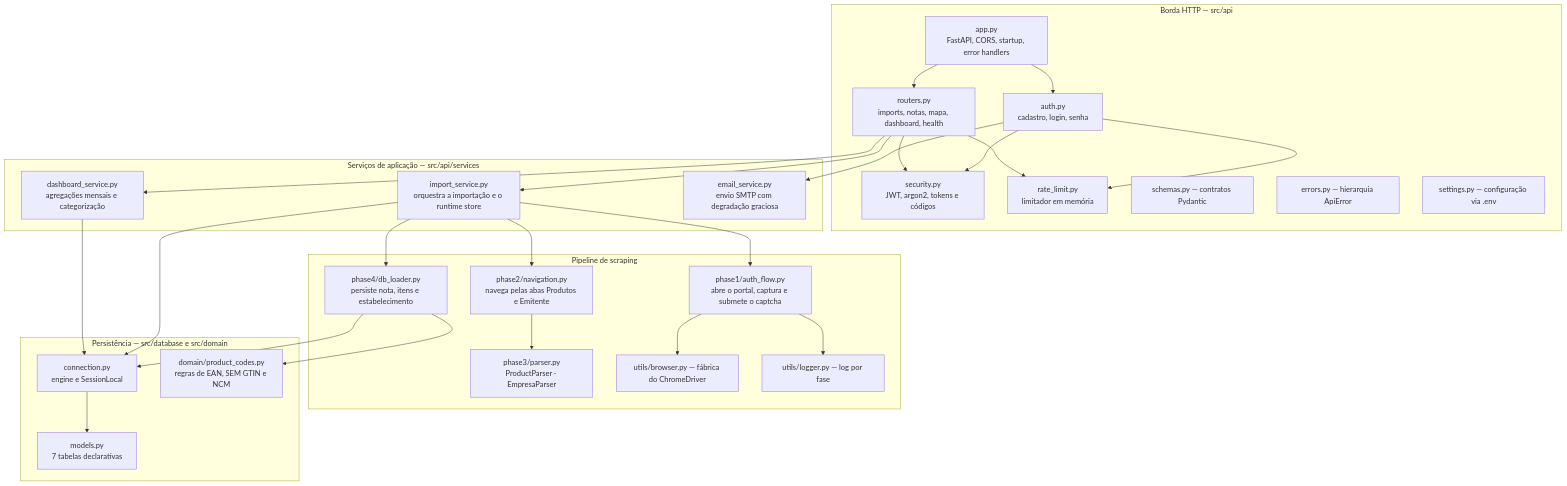
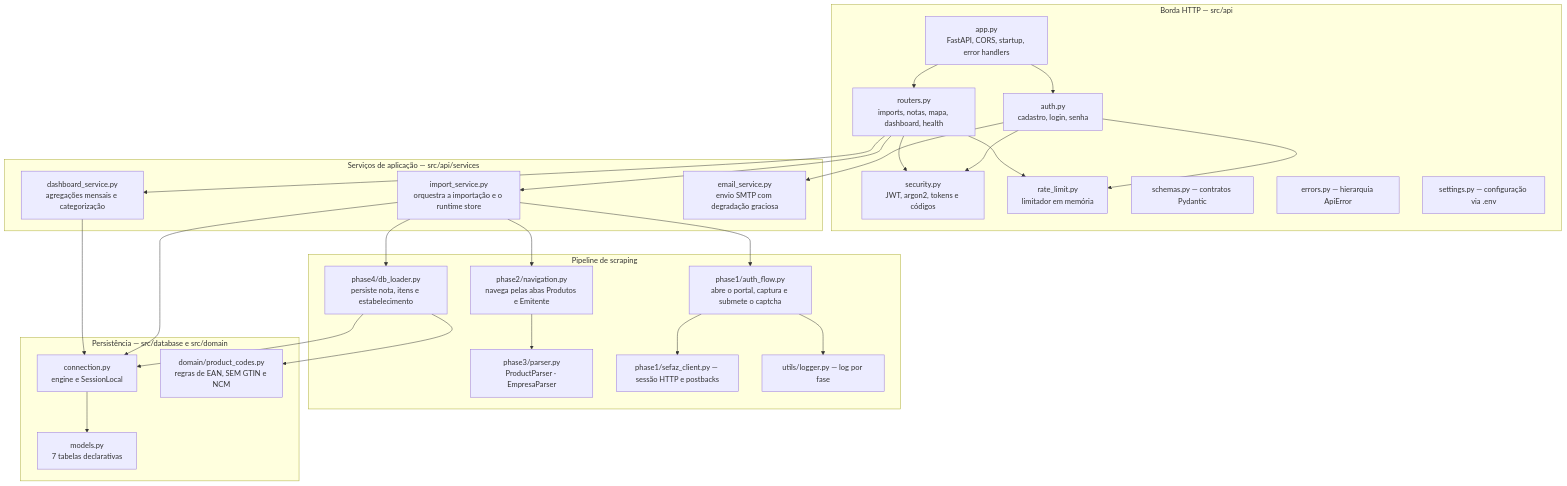
One commit to minhascomprasba/minhasCompras-BA changed the second of 10 diagrams in README.md. Above: the diagram before and after it, drawn with Mermaid. The commit also changed other lines of this file and 21 other files, not shown here.

````diff
--- a/README.md
+++ b/README.md
@@ -92,51 +91,51 @@
 ```mermaid
 flowchart TD
     subgraph L1["Borda HTTP — src/api"]
         APP["app.py<br/>FastAPI, CORS, startup, error handlers"]
         RT["routers.py<br/>imports, notas, mapa, dashboard, health"]
         AR["auth.py<br/>cadastro, login, senha"]
         SEC["security.py<br/>JWT, argon2, tokens e códigos"]
         RL["rate_limit.py<br/>limitador em memória"]
         SCH["schemas.py — contratos Pydantic"]
         ERR["errors.py — hierarquia ApiError"]
         SET["settings.py — configuração via .env"]
     end
 
     subgraph L2["Serviços de aplicação — src/api/services"]
         IS["import_service.py<br/>orquestra a importação e o runtime store"]
         DS["dashboard_service.py<br/>agregações mensais e categorização"]
         ES["email_service.py<br/>envio SMTP com degradação graciosa"]
     end
 
     subgraph L3["Pipeline de scraping"]
         P1["phase1/auth_flow.py<br/>abre o portal, captura e submete o captcha"]
         P2["phase2/navigation.py<br/>navega pelas abas Produtos e Emitente"]
         P3["phase3/parser.py<br/>ProductParser · EmpresaParser"]
         P4["phase4/db_loader.py<br/>persiste nota, itens e estabelecimento"]
-        BR["utils/browser.py — fábrica do ChromeDriver"]
+        BR["phase1/sefaz_client.py — sessão HTTP e postbacks"]
         LG["utils/logger.py — log por fase"]
     end
 
     subgraph L4["Persistência — src/database e src/domain"]
         CON["connection.py<br/>engine e SessionLocal"]
         MOD["models.py<br/>7 tabelas declarativas"]
         DOM["domain/product_codes.py<br/>regras de EAN, SEM GTIN e NCM"]
     end
 
     APP --> RT
     APP --> AR
     RT --> IS
     RT --> DS
     RT --> SEC
     RT --> RL
     AR --> ES
     AR --> SEC
     AR --> RL
     IS --> P1 --> BR
     IS --> P2 --> P3
     IS --> P4 --> DOM
     P4 --> CON --> MOD
     DS --> CON
     IS --> CON
     P1 --> LG
 ```
````
